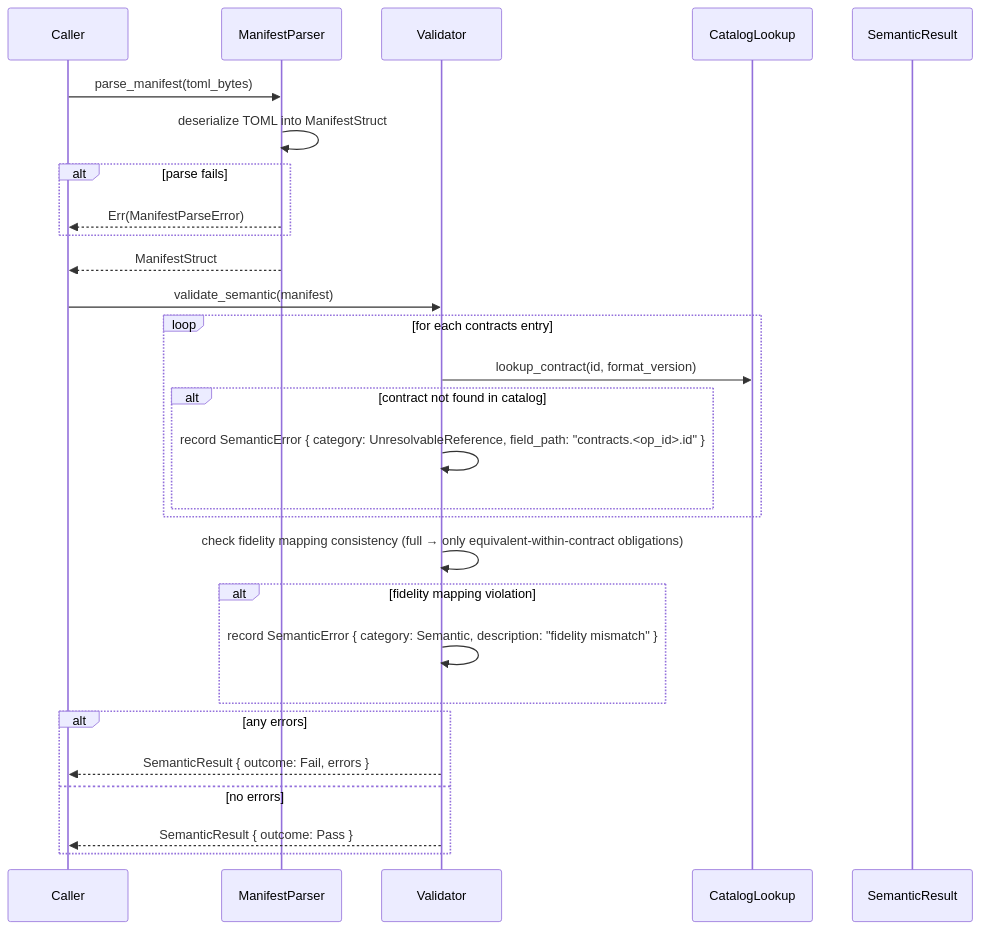
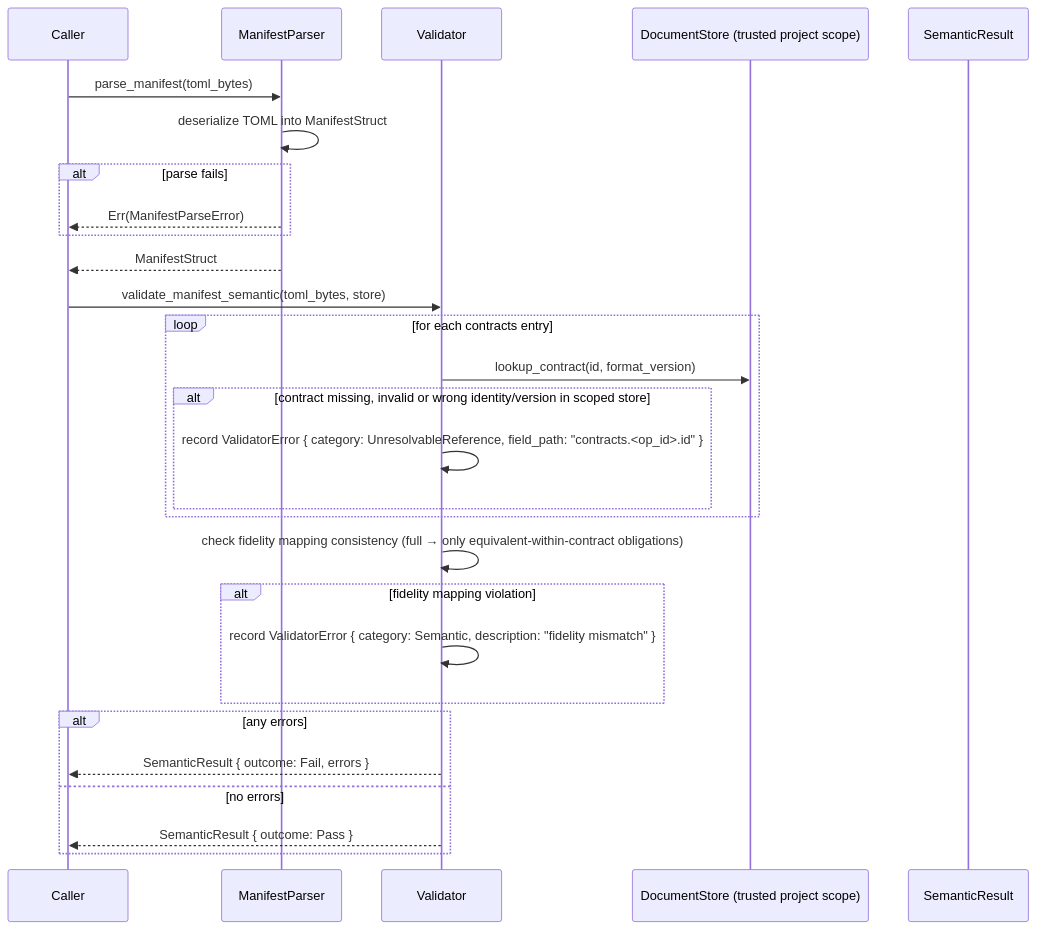
The third of 5 diagrams in .kiro/specs/contracts-evidence-foundation/design.md (VincentChuWaiChow/CloudDialect), drawn with Mermaid before and after one commit. The commit also changed other lines of this file and 57 other files, not shown here.

````diff
--- a/.kiro/specs/contracts-evidence-foundation/design.md
+++ b/.kiro/specs/contracts-evidence-foundation/design.md
@@ -953,31 +1195,31 @@
 ```mermaid
 sequenceDiagram
     participant C as Caller
     participant MP as ManifestParser
     participant V as Validator
-    participant CAT as CatalogLookup
+    participant CAT as DocumentStore (trusted project scope)
     participant SR as SemanticResult
 
     C->>MP: parse_manifest(toml_bytes)
     MP->>MP: deserialize TOML into ManifestStruct
     alt parse fails
         MP-->>C: Err(ManifestParseError)
     end
     MP-->>C: ManifestStruct
-    C->>V: validate_semantic(manifest)
+    C->>V: validate_manifest_semantic(toml_bytes, store)
     loop for each contracts entry
         V->>CAT: lookup_contract(id, format_version)
-        alt contract not found in catalog
-            V->>V: record SemanticError { category: UnresolvableReference, field_path: "contracts.<op_id>.id" }
+        alt contract missing, invalid or wrong identity/version in scoped store
+            V->>V: record ValidatorError { category: UnresolvableReference, field_path: "contracts.<op_id>.id" }
         end
     end
     V->>V: check fidelity mapping consistency (full → only equivalent-within-contract obligations)
     alt fidelity mapping violation
-        V->>V: record SemanticError { category: Semantic, description: "fidelity mismatch" }
+        V->>V: record ValidatorError { category: Semantic, description: "fidelity mismatch" }
     end
     alt any errors
         V-->>C: SemanticResult { outcome: Fail, errors }
     else no errors
         V-->>C: SemanticResult { outcome: Pass }
     end
 ```
````
